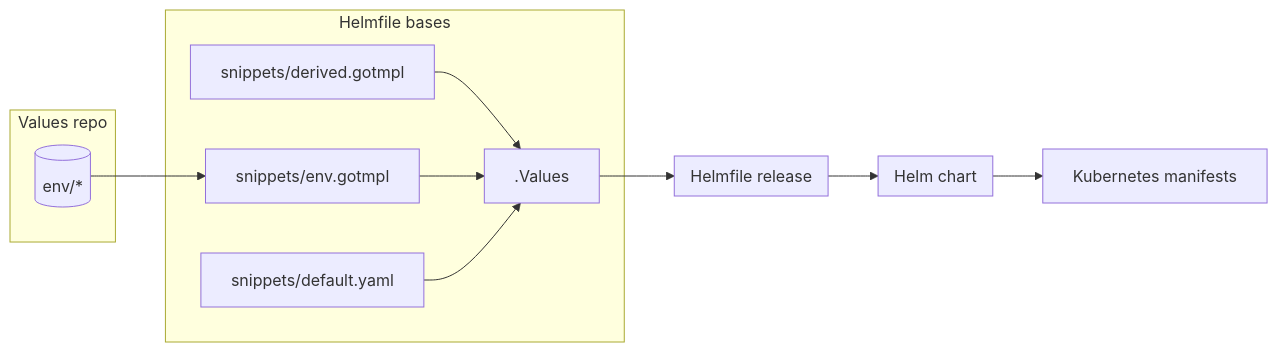
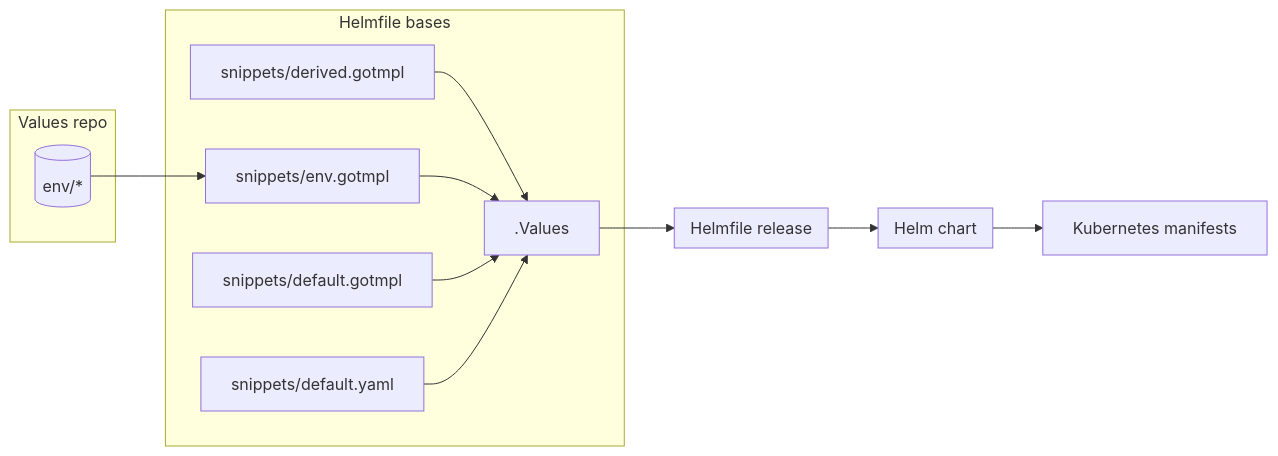
One commit to linode/apl-core changed the first of 4 diagrams in docs/development.md. Above: the diagram before and after it, drawn with Mermaid. The commit also changed other lines of this file, not shown here.

````diff
--- a/docs/development.md
+++ b/docs/development.md
@@ -85,21 +87,22 @@
 ```mermaid
 flowchart LR
     subgraph HC[Helm chart]
     end
 
     subgraph HR[Helmfile release]
     end
 
     subgraph HB[Helmfile bases]
         snippets/derived.gotmpl --> HV[.Values]
         snippets/env.gotmpl --> HV
+        snippets/default.gotmpl --> HV
         snippets/default.yaml --> HV
     end
 
     subgraph Values repo
         R[(env/*)] --> snippets/env.gotmpl
     end
     HV --> HR
     HR --> HC
     HC --> KM[Kubernetes manifests]
 ```
````
